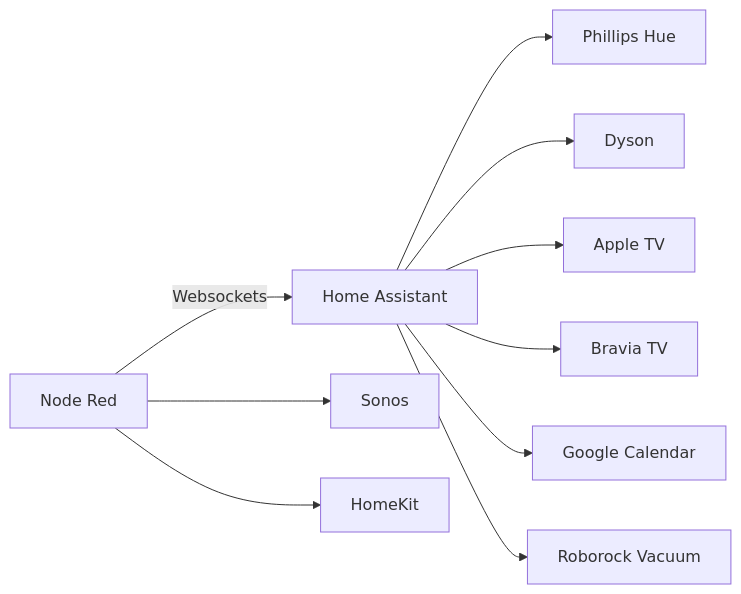
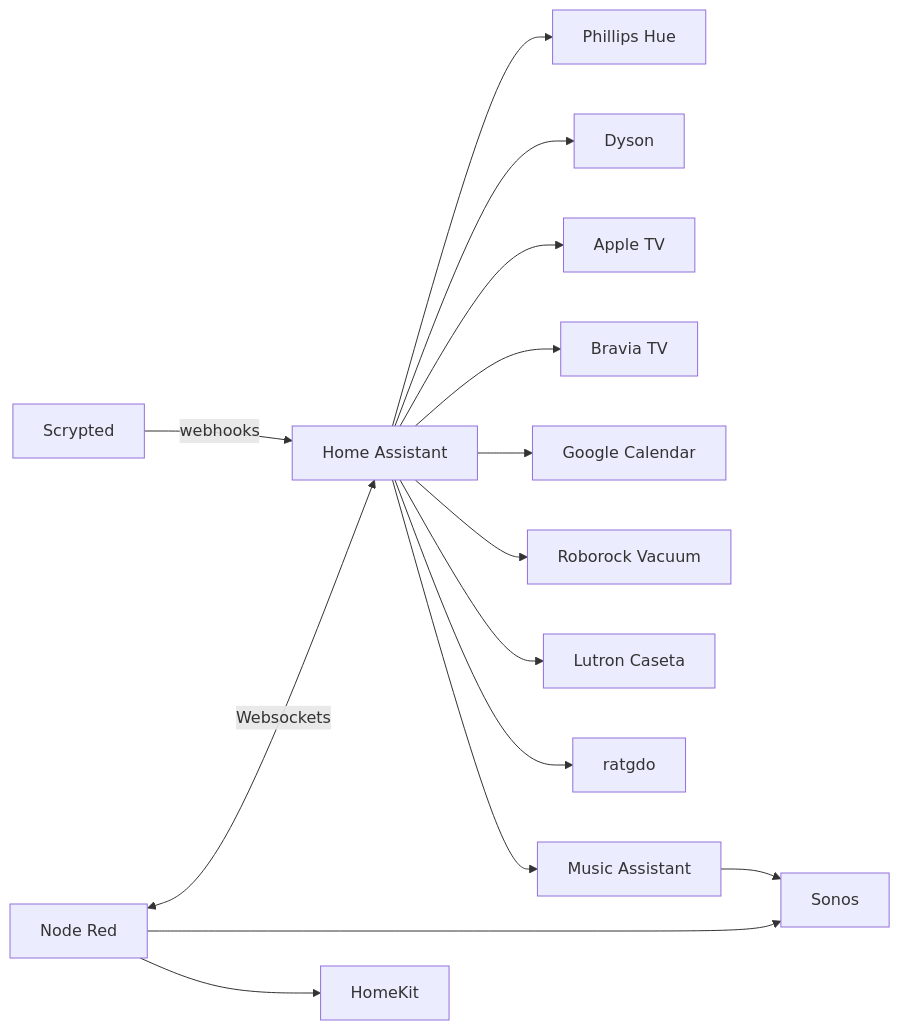
One commit to NickBorgers/node-red changed the diagram in README.md. Above: the diagram before and after it, drawn with Mermaid. The commit also changed other lines of this file, not shown here.

````diff
--- a/README.md
+++ b/README.md
@@ -15,13 +15,18 @@
 ```mermaid
 flowchart LR
 
-A[Node Red] --> |Websockets| B[Home Assistant]
+A[Node Red] <--> |Websockets| B[Home Assistant]
 A --> C[Sonos]
 A --> G[HomeKit]
 B --> E[Phillips Hue]
 B --> F[Dyson]
 B --> H[Apple TV]
 B --> I[Bravia TV]
 B --> K[Google Calendar]
 B --> J[Roborock Vacuum]
+B --> L[Lutron Caseta]
+B --> M[ratgdo]
+N[Scrypted] --> |webhooks| B
+B --> P[Music Assistant]
+P --> C
 ```
````
